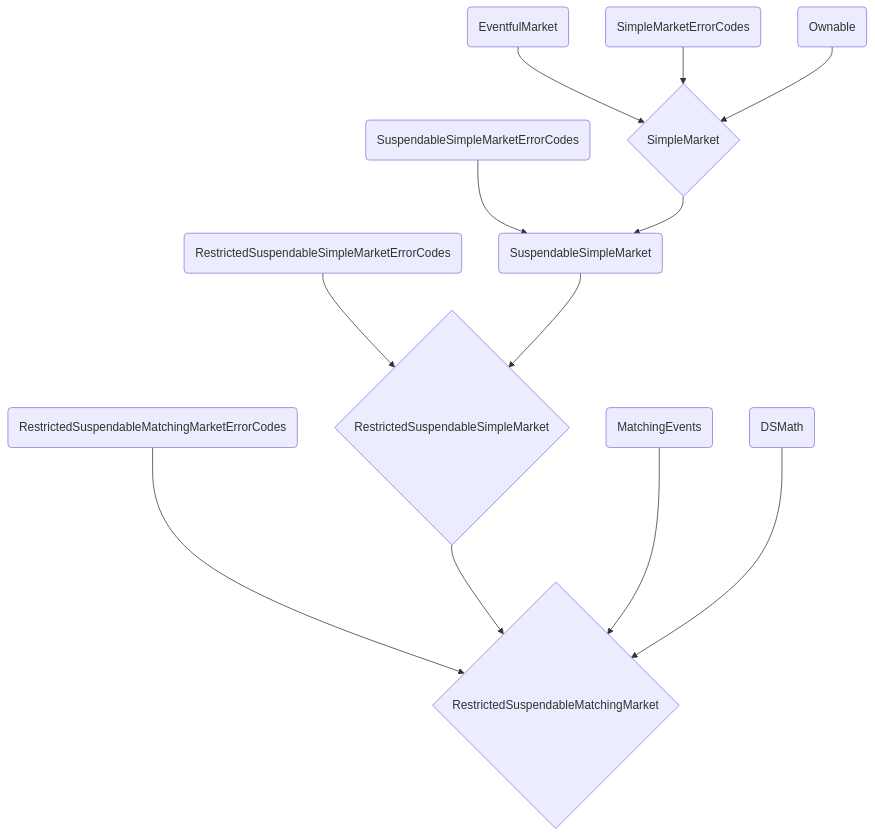
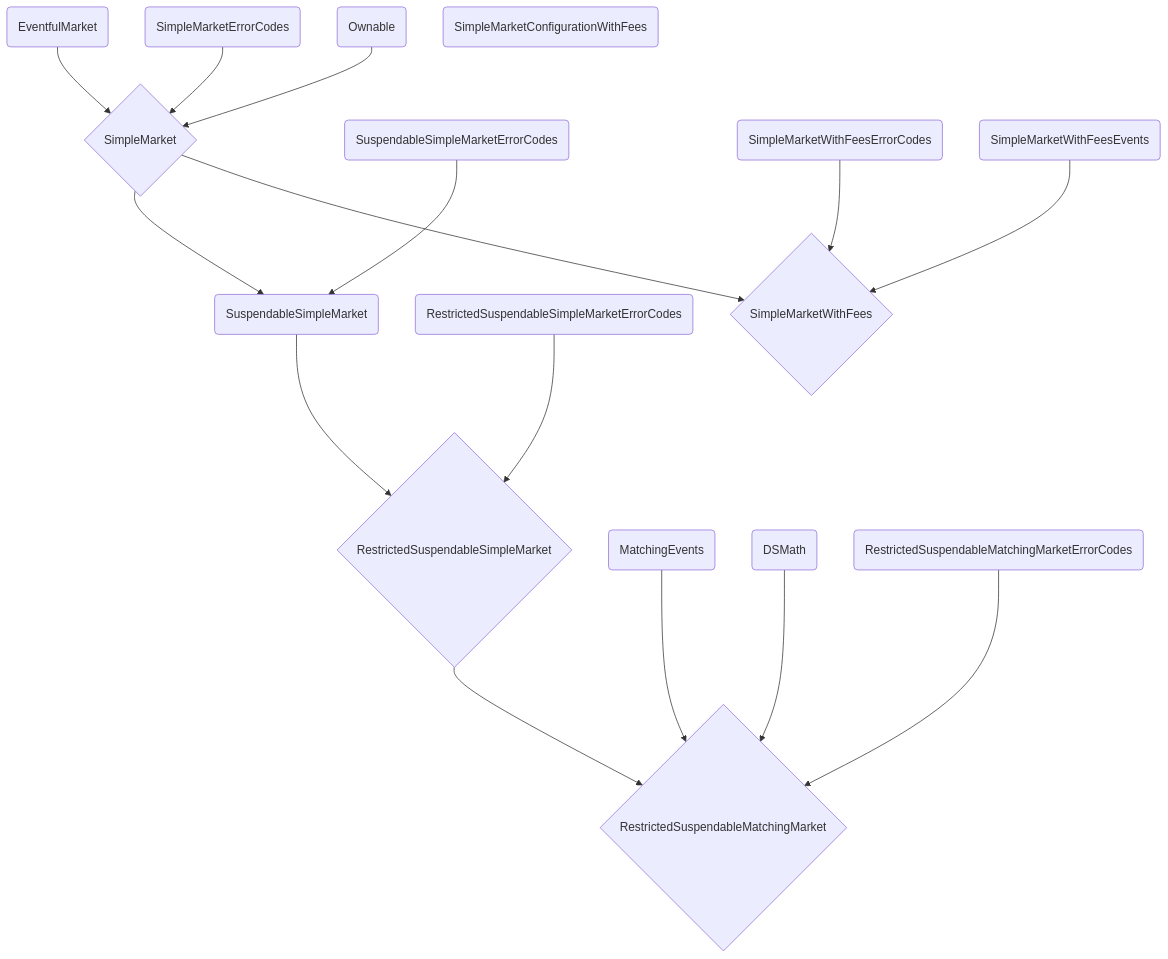
Before and after one commit to Le-Rucher-d-Apidae/maker-otc-fork-OpenZeppelin: the diagram in docs/contracts_inheritance.md, drawn with Mermaid.

````diff
--- a/docs/contracts_inheritance.md
+++ b/docs/contracts_inheritance.md
@@ -3,27 +3,40 @@
 ```mermaid
 graph TD;
 EV(EventfulMarket)
 ER(SimpleMarketErrorCodes)
 OW(Ownable)
 SMPL{SimpleMarket}
 SUSPSMPL(SuspendableSimpleMarket)
 ERRSUSP(SuspendableSimpleMarketErrorCodes)
 RER(RestrictedSuspendableSimpleMarketErrorCodes)
 RSUSPSMPL{RestrictedSuspendableSimpleMarket}
 MEV(MatchingEvents)
 DSM(DSMath)
 RSMM{RestrictedSuspendableMatchingMarket}
 ERRMM(RestrictedSuspendableMatchingMarketErrorCodes)
+
+SMWF{SimpleMarketWithFees}
+ERRSMWF(SimpleMarketWithFeesErrorCodes)
+EVSMWF(SimpleMarketWithFeesEvents)
+
+CFGSMWF(SimpleMarketConfigurationWithFees)
+
+
 EV --> SMPL
 ER --> SMPL
 OW --> SMPL
 ERRSUSP --> SUSPSMPL
 SMPL --> SUSPSMPL
 RER --> RSUSPSMPL
 SUSPSMPL --> RSUSPSMPL
 ERRMM --> RSMM
 RSUSPSMPL --> RSMM
 MEV --> RSMM
 DSM --> RSMM
 
+
+ERRSMWF --> SMWF
+EVSMWF --> SMWF
+SMPL --> SMWF
+
 ```
````
